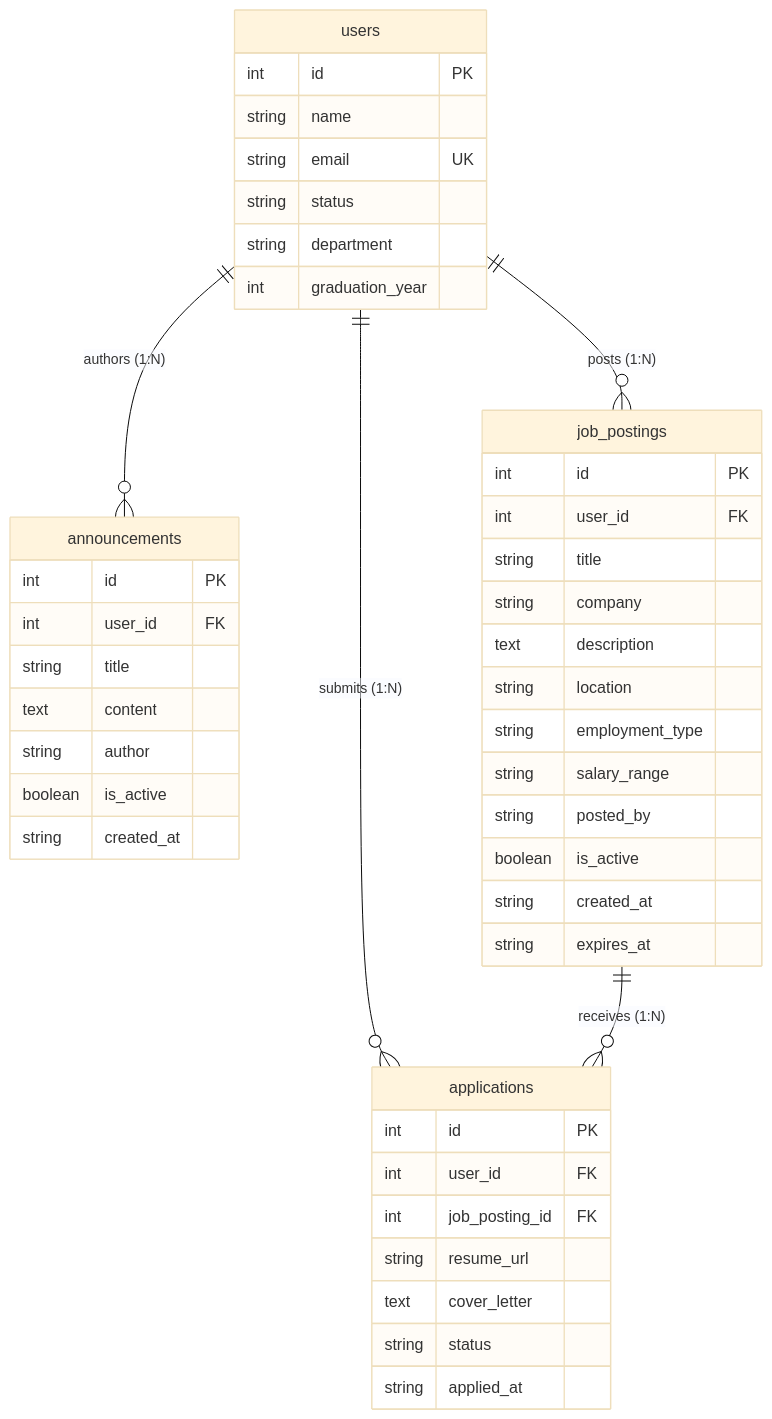
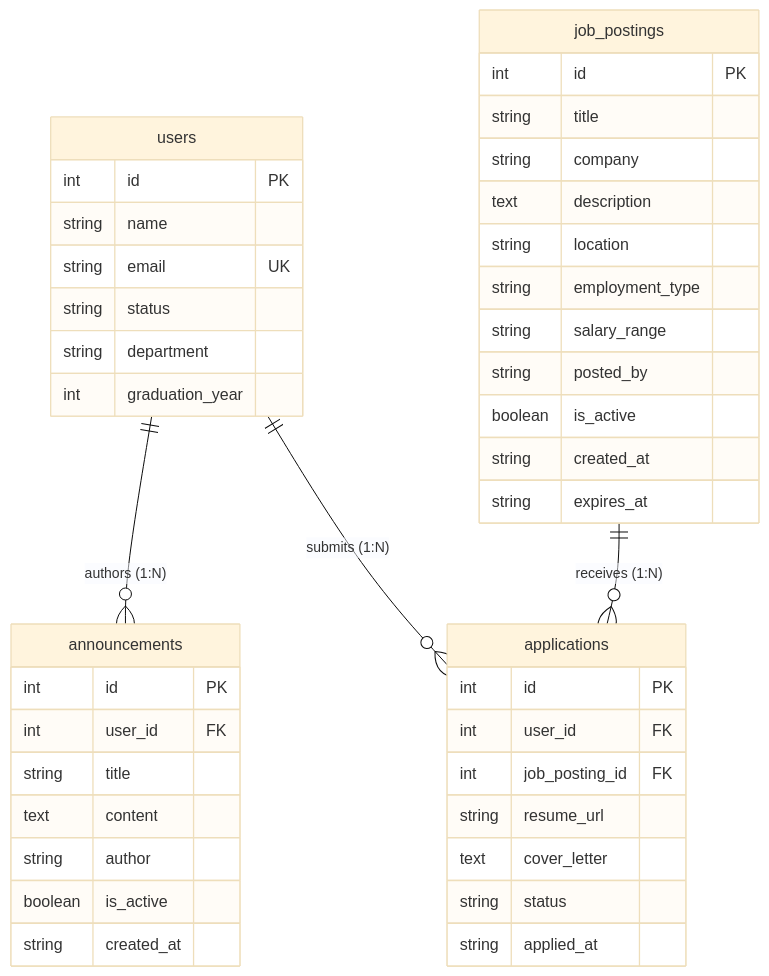
Before and after one commit to berrutiryaki/alumni: the diagram in ddd.md, drawn with Mermaid (base theme). The commit also changed other lines of this file and 9 other files, not shown here.

Commit message:
refactor: unlink users and job_postings direct FK, establish applications as their action table across models, migration, routes, and ddd.md

````diff
--- a/ddd.md
+++ b/ddd.md
@@ -47,51 +46,49 @@
 ```mermaid
 erDiagram
     users ||--o{ announcements : "authors (1:N)"
-    users ||--o{ job_postings : "posts (1:N)"
     users ||--o{ applications : "submits (1:N)"
     job_postings ||--o{ applications : "receives (1:N)"
 
     users {
         int id PK
         string name
         string email UK
         string status
         string department
         int graduation_year
     }
 
     announcements {
         int id PK
         int user_id FK
         string title
         text content
         string author
         boolean is_active
         string created_at
     }
 
     job_postings {
         int id PK
-        int user_id FK
         string title
         string company
         text description
         string location
         string employment_type
         string salary_range
         string posted_by
         boolean is_active
         string created_at
         string expires_at
     }
 
     applications {
         int id PK
         int user_id FK
         int job_posting_id FK
         string resume_url
         text cover_letter
         string status
         string applied_at
     }
 ```
````
